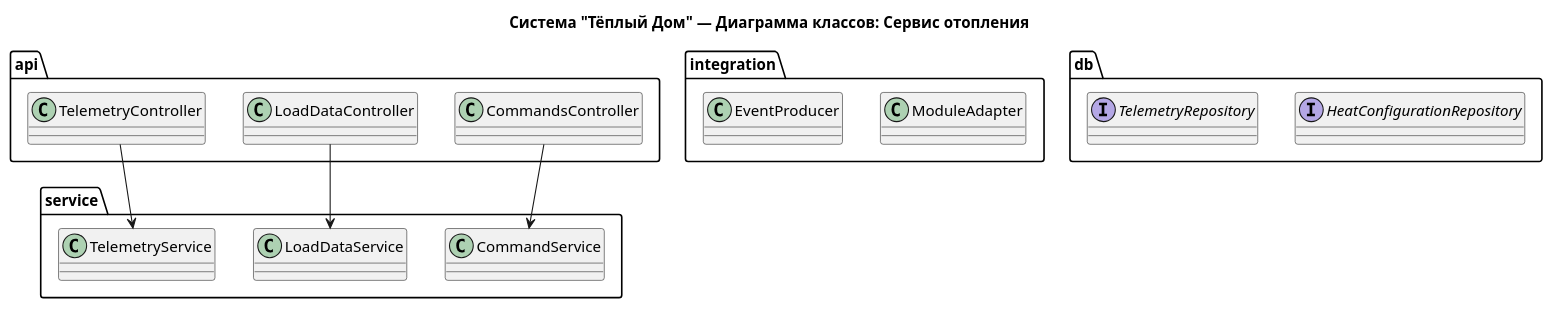
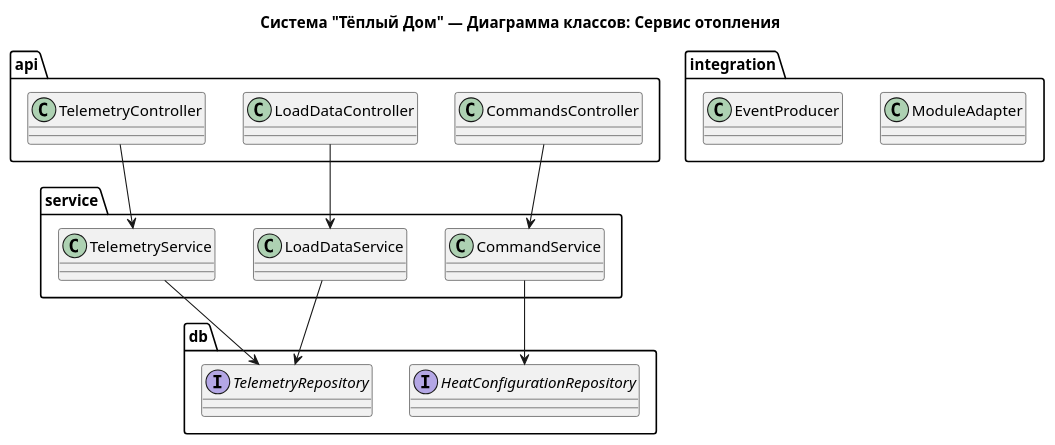
Before and after one commit to kalach77rus/warmhouse: the diagram in schemas/code/WarmHouse_Code_heat.puml, drawn with PlantUML.

```diff
--- a/schemas/code/WarmHouse_Code_heat.puml
+++ b/schemas/code/WarmHouse_Code_heat.puml
@@ -1,68 +1,72 @@
 @startuml warmhouse heat class diagram
 
 title Система "Тёплый Дом" — Диаграмма классов: Сервис отопления
 
 skinparam classAttributeIconSize 0
 
 package "api" {
 
     class CommandsController {
 
     }
 
     class LoadDataController {
 
     }
 
     class TelemetryController {
 
     }
 
 }
 
 package "service" {
 
     class CommandService {
 
     }
 
     class LoadDataService {
 
     }
 
     class TelemetryService {
 
     }
 
 }
 
 package "integration" {
 
     class ModuleAdapter {
 
     }
 
     class EventProducer {
 
     }
 
 }
 
 package "db" {
 
     interface HeatConfigurationRepository {
 
     }
 
     interface TelemetryRepository {
 
     }
 
 }
 
 CommandsController -down-> CommandService
 LoadDataController -down-> LoadDataService
 TelemetryController -down-> TelemetryService
 
+TelemetryService -down-> TelemetryRepository
+LoadDataService -down-> TelemetryRepository
+CommandService -down-> HeatConfigurationRepository
+
 
 @enduml
```
